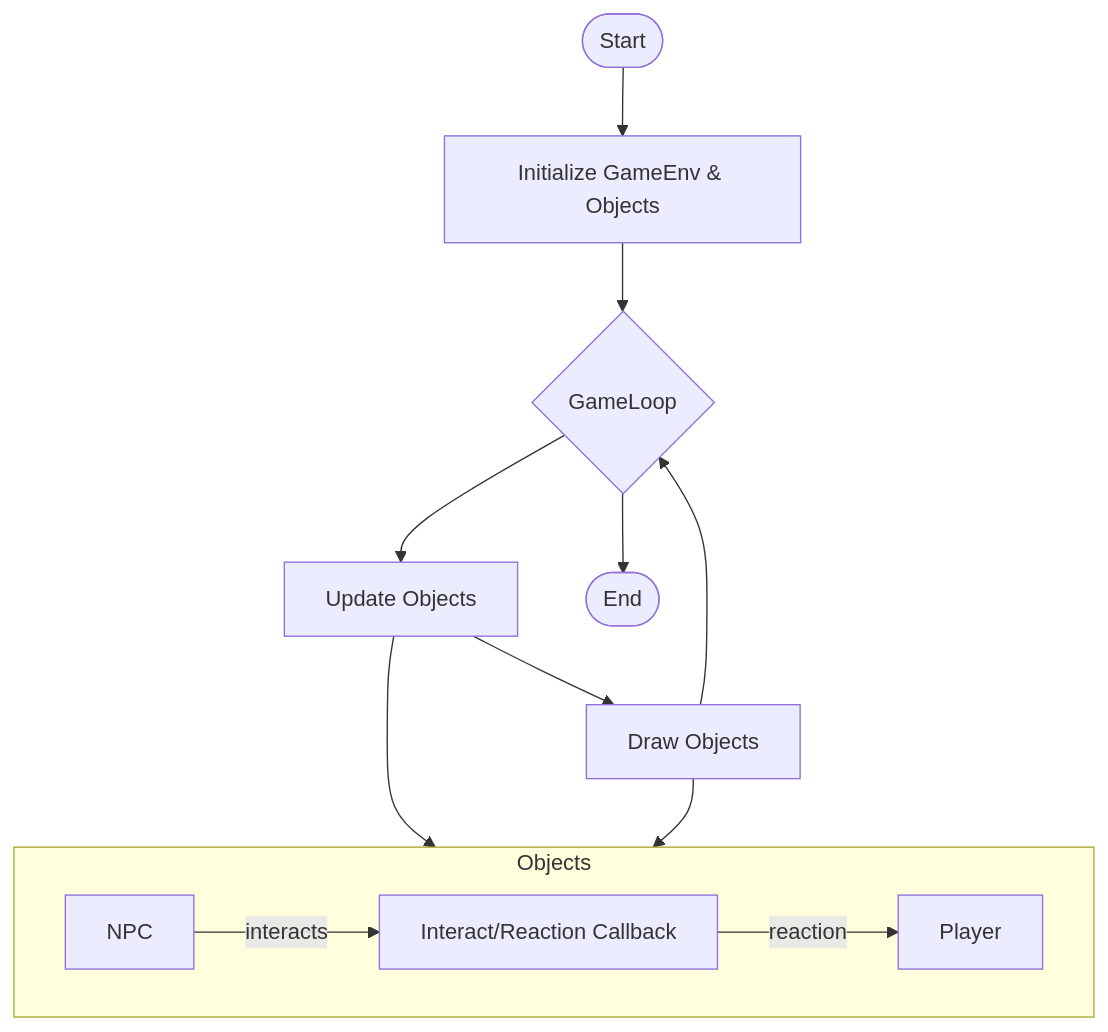
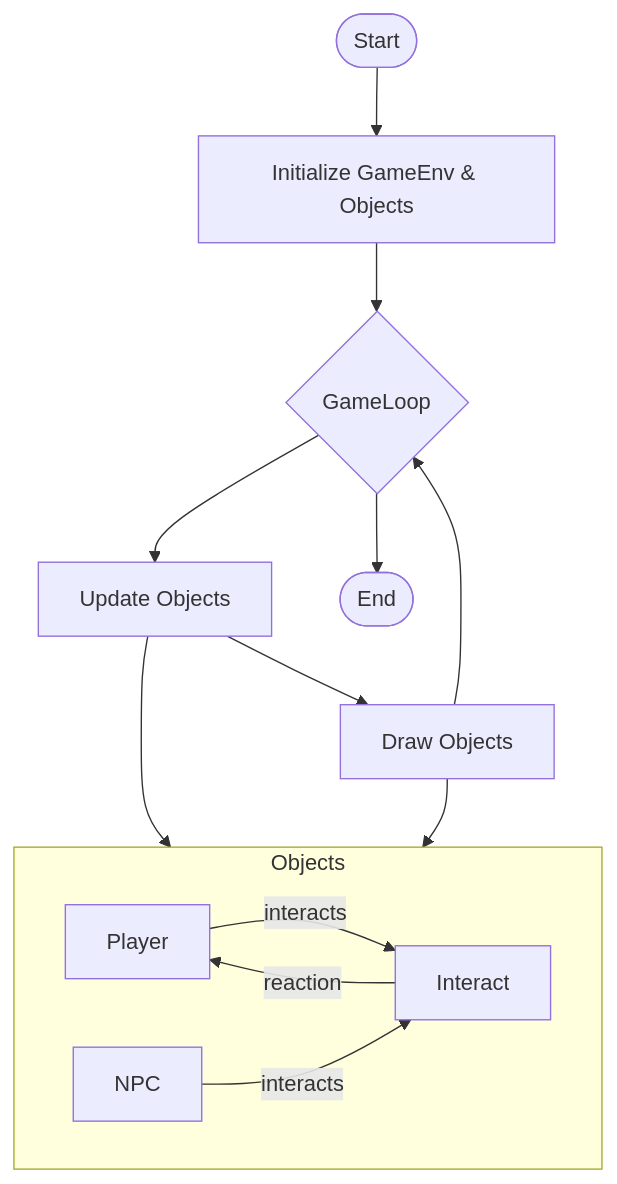
One commit to Open-Coding-Society/pages changed the diagram in _posts/CSSE/2023-11-13-CSSE-game-engine-oop.md. Above: the diagram before and after it, drawn with Mermaid. The commit also changed other lines of this file, not shown here.

````diff
--- a/_posts/CSSE/2023-11-13-CSSE-game-engine-oop.md
+++ b/_posts/CSSE/2023-11-13-CSSE-game-engine-oop.md
@@ -64,24 +64,25 @@
 ```mermaid
 flowchart TD
     Start([Start])
     Init[Initialize GameEnv & Objects]
     Loop{GameLoop}
     Update[Update Objects]
     Draw[Draw Objects]
     End([End])
 
     Start --> Init --> Loop
     Loop --> Update --> Draw --> Loop
     Loop --> End
 
     subgraph Objects
         Player
         NPC
-        Interact[Interact/Reaction Callback]
+        Interact
     end
 
     Update --> Objects
     Draw --> Objects
+    Player -- interacts --> Interact
+    NPC -- interacts --> Interact
     Interact -- reaction --> Player
-    NPC -- interacts --> Interact
 ```
````
